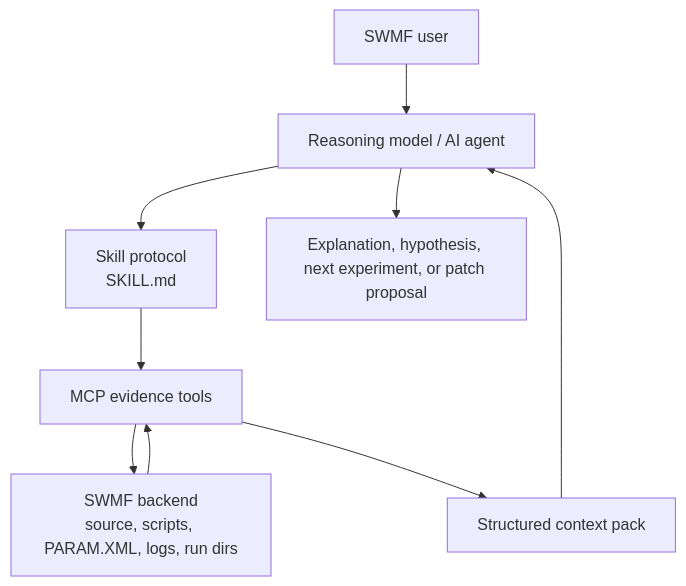
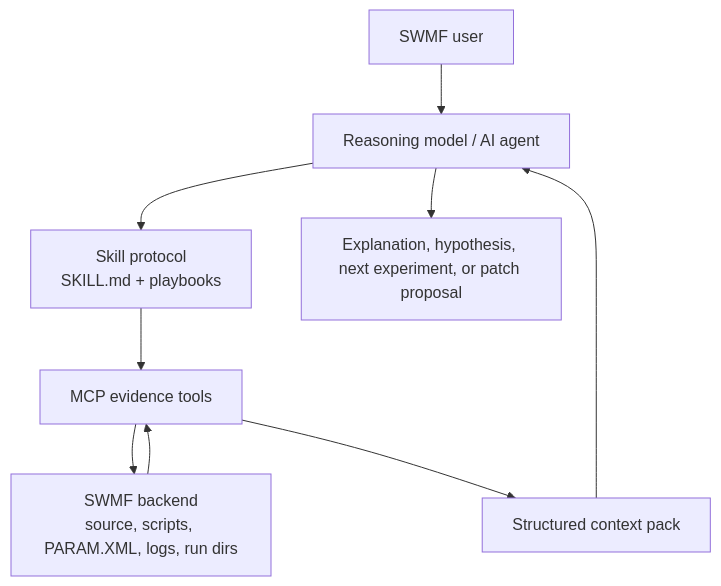
One commit to KehengZhu/SWMF-MCP-Server changed the third of 6 diagrams in README.md. Above: the diagram before and after it, drawn with Mermaid. The commit also changed other lines of this file and 36 other files, not shown here.

````diff
--- a/README.md
+++ b/README.md
@@ -355,12 +361,12 @@
 ```mermaid
 flowchart TD
     USER["SWMF user"] --> AGENT["Reasoning model / AI agent"]
-    AGENT --> SKILL["Skill protocol<br>SKILL.md"]
+    AGENT --> SKILL["Skill protocol<br>SKILL.md + playbooks"]
     SKILL --> MCP["MCP evidence tools"]
     MCP --> BACKEND["SWMF backend<br>source, scripts, PARAM.XML, logs, run dirs"]
 
     BACKEND --> MCP
     MCP --> PACK["Structured context pack"]
     PACK --> AGENT
     AGENT --> OUT["Explanation, hypothesis, next experiment, or patch proposal"]
 ```
````
